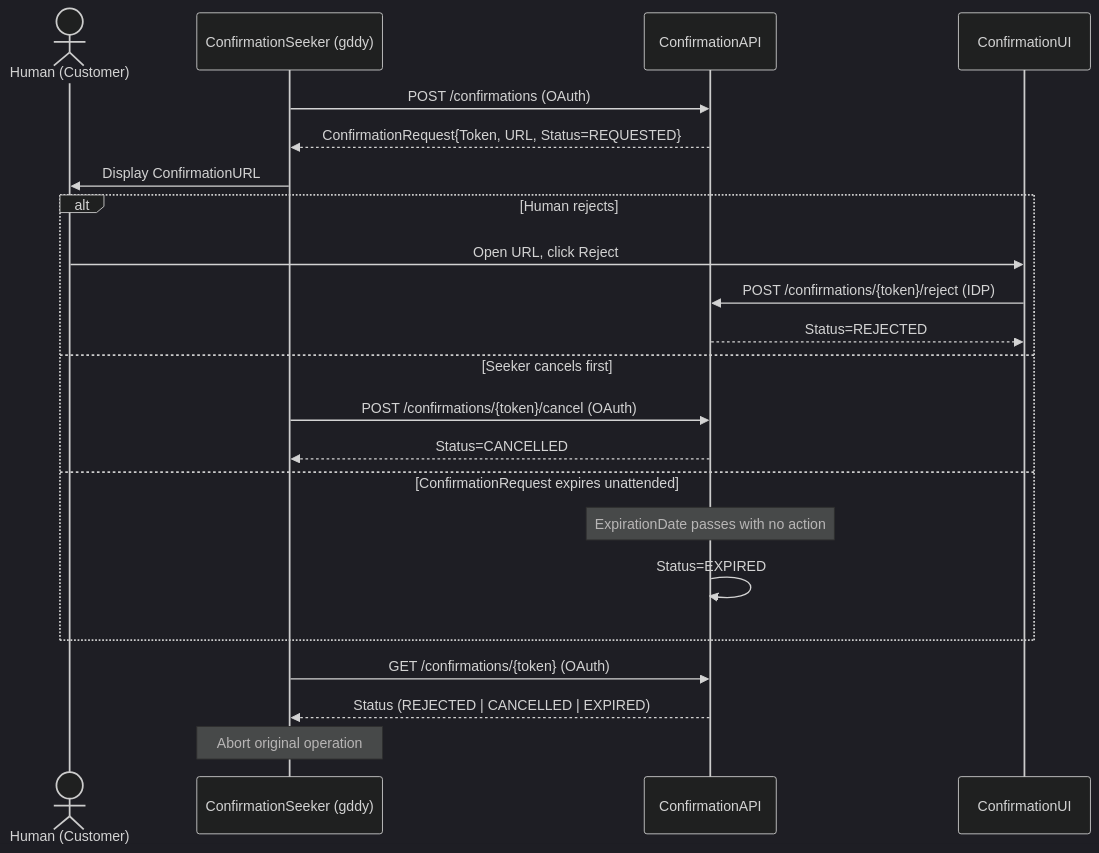
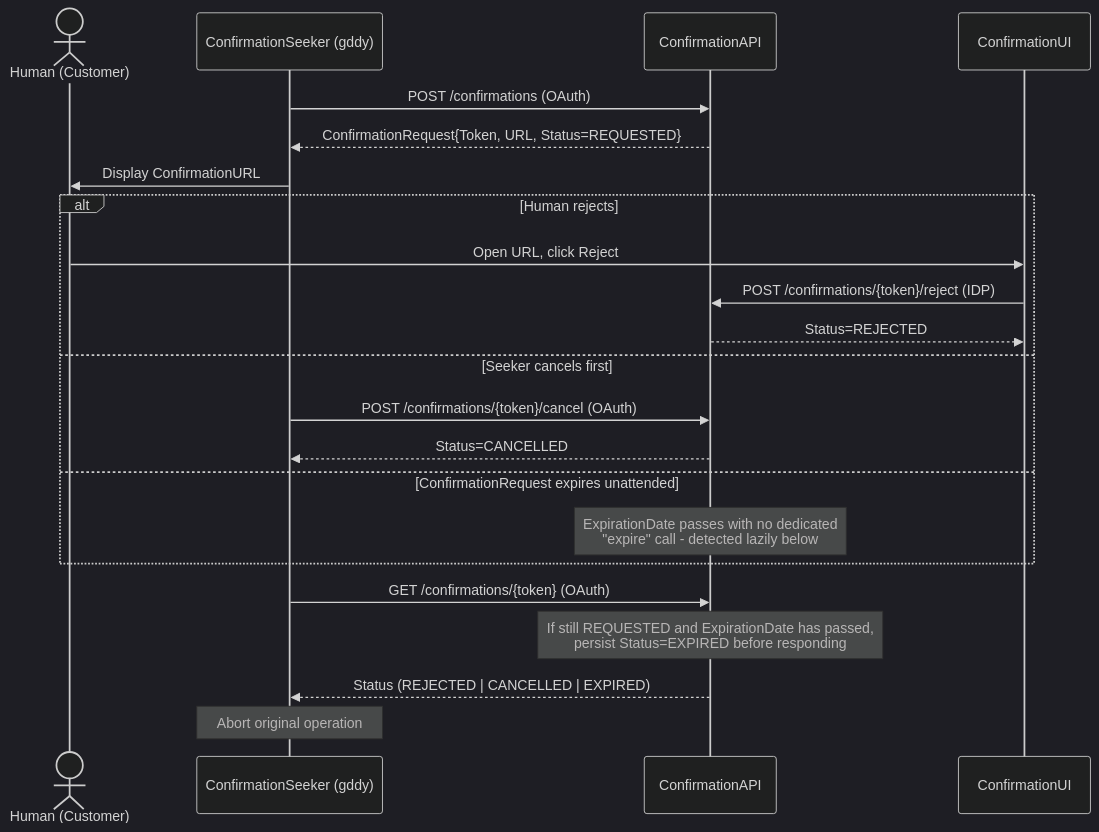
The fourth of 4 diagrams in docs/proposals/consent.md (godaddy/cli), drawn with Mermaid (dark theme) before and after one commit. The commit also changed other lines of this file, not shown here.

````diff
--- a/docs/proposals/consent.md
+++ b/docs/proposals/consent.md
@@ -156,27 +161,27 @@
 ```mermaid
 sequenceDiagram
     actor Human as Human (Customer)
     participant Seeker as ConfirmationSeeker (gddy)
     participant API as ConfirmationAPI
     participant UI as ConfirmationUI
 
     Seeker->>API: POST /confirmations (OAuth)
     API-->>Seeker: ConfirmationRequest{Token, URL, Status=REQUESTED}
     Seeker->>Human: Display ConfirmationURL
 
     alt Human rejects
         Human->>UI: Open URL, click Reject
         UI->>API: POST /confirmations/{token}/reject (IDP)
         API-->>UI: Status=REJECTED
     else Seeker cancels first
         Seeker->>API: POST /confirmations/{token}/cancel (OAuth)
         API-->>Seeker: Status=CANCELLED
     else ConfirmationRequest expires unattended
-        Note over API: ExpirationDate passes with no action
-        API->>API: Status=EXPIRED
+        Note over API: ExpirationDate passes with no dedicated<br/>"expire" call - detected lazily below
     end
 
     Seeker->>API: GET /confirmations/{token} (OAuth)
+    Note over API: If still REQUESTED and ExpirationDate has passed,<br/>persist Status=EXPIRED before responding
     API-->>Seeker: Status (REJECTED | CANCELLED | EXPIRED)
     Note over Seeker: Abort original operation
 ```
````
